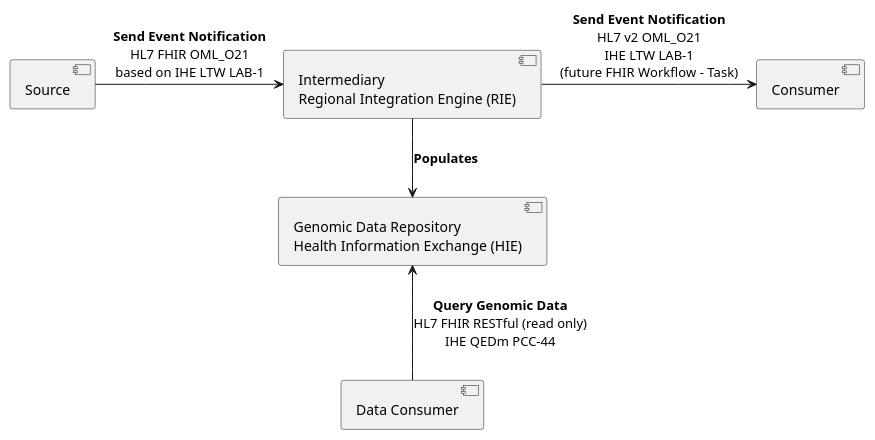
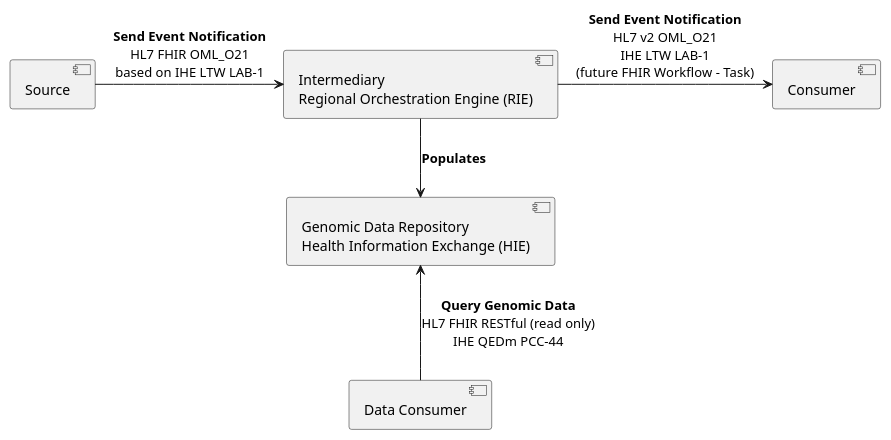
The diagram in input/images-source/architecture-laboratory-order.plantuml (uk-gov-mirror/nw-gmsa.nw-gmsa.github.com), drawn with PlantUML before and after one commit. The commit also changed 55 other files, not shown here.

```diff
--- a/input/images-source/architecture-laboratory-order.plantuml
+++ b/input/images-source/architecture-laboratory-order.plantuml
@@ -1,14 +1,14 @@
 @startuml
 
  component "Source" as LIMS
  component "Consumer" as EPR
  component "Data Consumer" as HIE
- component "Intermediary\nRegional Integration Engine (RIE)" as TIE
+ component "Intermediary\nRegional Orchestration Engine (RIE)" as TIE
  component "Genomic Data Repository\nHealth Information Exchange (HIE)" as CDR
 
  LIMS -r-> TIE : **Send Event Notification**\nHL7 FHIR OML_O21\nbased on IHE LTW LAB-1
  TIE -r-> EPR: **Send Event Notification**\nHL7 v2 OML_O21\nIHE LTW LAB-1\n(future FHIR Workflow - Task)
  TIE -d-> CDR: **Populates**
  HIE -u-> CDR: **Query Genomic Data**\nHL7 FHIR RESTful (read only)\nIHE QEDm PCC-44
 
 @enduml
```
